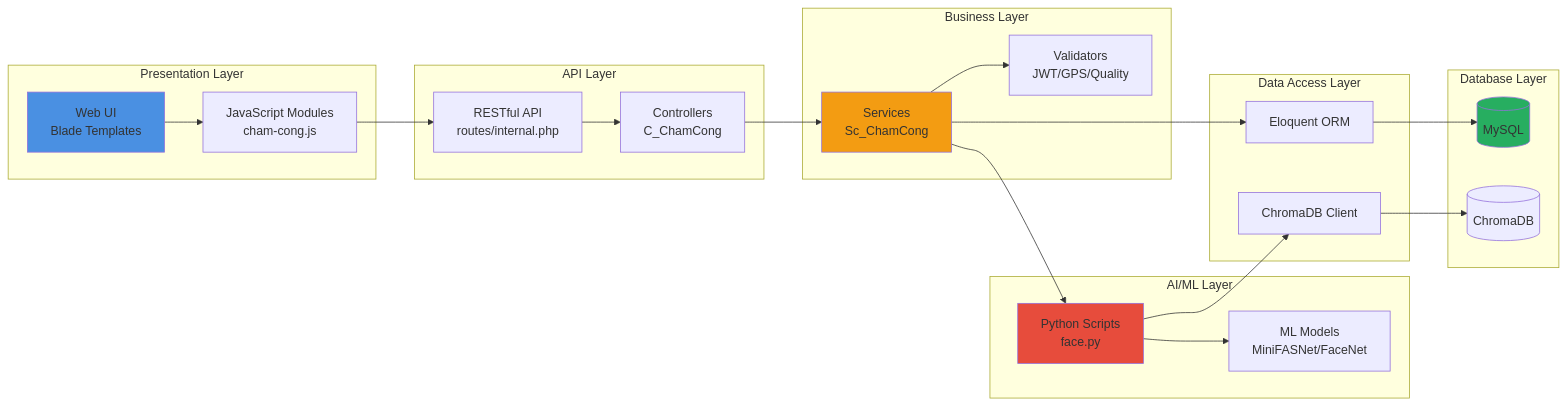
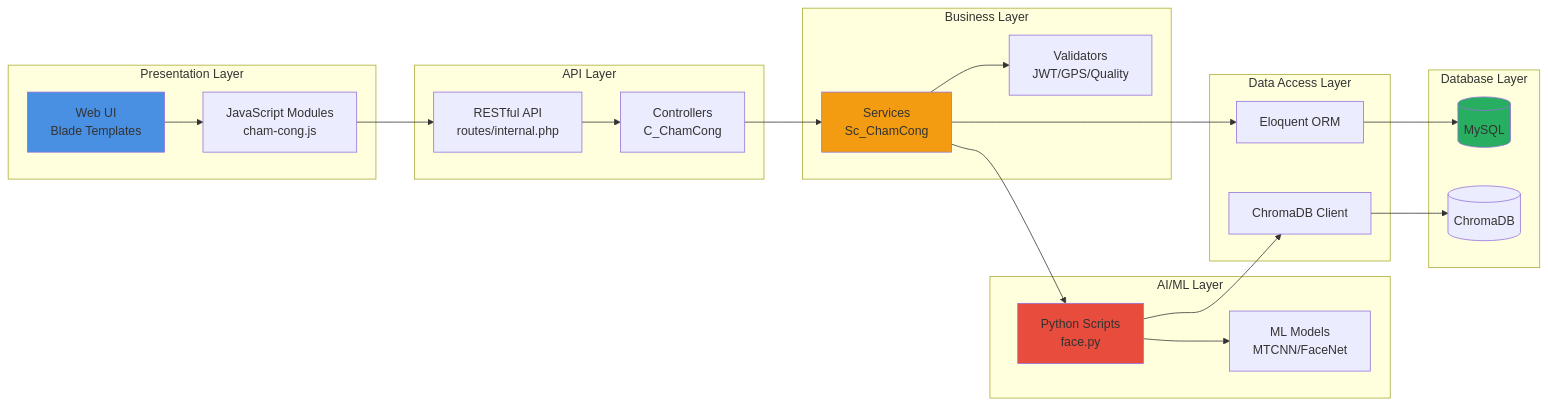
The second of 12 diagrams in doc/TAI_LIEU_CHAM_CONG.md (iuh21004175/EPIC--Theater-chain-management-system-NGINX-), drawn with Mermaid before and after one commit. The commit also changed other lines of this file, not shown here.

````diff
--- a/doc/TAI_LIEU_CHAM_CONG.md
+++ b/doc/TAI_LIEU_CHAM_CONG.md
@@ -97,42 +96,42 @@
 ```mermaid
 graph LR
     subgraph "Presentation Layer"
         UI[Web UI<br/>Blade Templates]
         JS[JavaScript Modules<br/>cham-cong.js]
     end
     
     subgraph "API Layer"
         REST[RESTful API<br/>routes/internal.php]
         CTRL[Controllers<br/>C_ChamCong]
     end
     
     subgraph "Business Layer"
         SVC[Services<br/>Sc_ChamCong]
         VALID[Validators<br/>JWT/GPS/Quality]
     end
     
     subgraph "AI/ML Layer"
         PY[Python Scripts<br/>face.py]
-        ML[ML Models<br/>MiniFASNet/FaceNet]
+        ML[ML Models<br/>MTCNN/FaceNet]
     end
     
     subgraph "Data Access Layer"
         ORM[Eloquent ORM]
         CHROMA[ChromaDB Client]
     end
     
     subgraph "Database Layer"
         SQL[(MySQL)]
         VECTOR[(ChromaDB)]
     end
     
     UI --> JS --> REST --> CTRL --> SVC --> VALID
     SVC --> PY --> ML
     SVC --> ORM --> SQL
     PY --> CHROMA --> VECTOR
     
     style UI fill:#4a90e2
     style SVC fill:#f39c12
     style PY fill:#e74c3c
     style SQL fill:#27ae60
 ```
````
